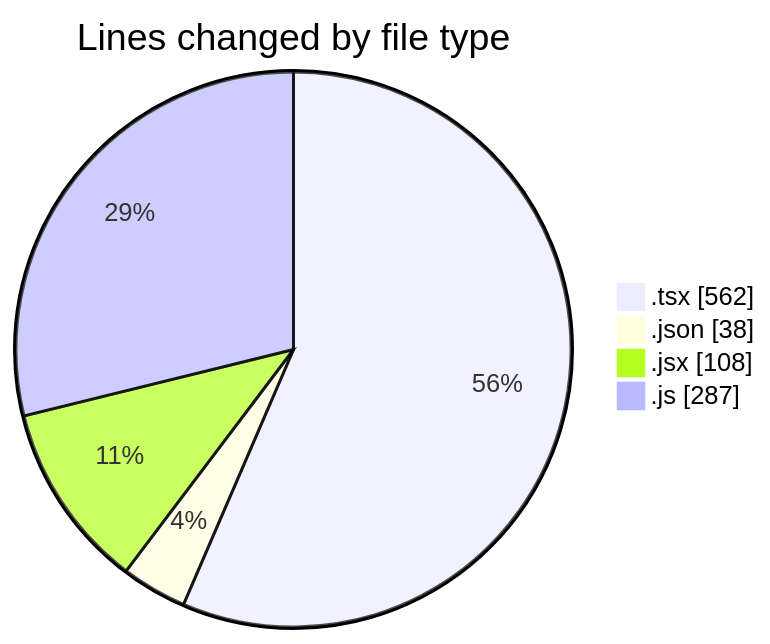
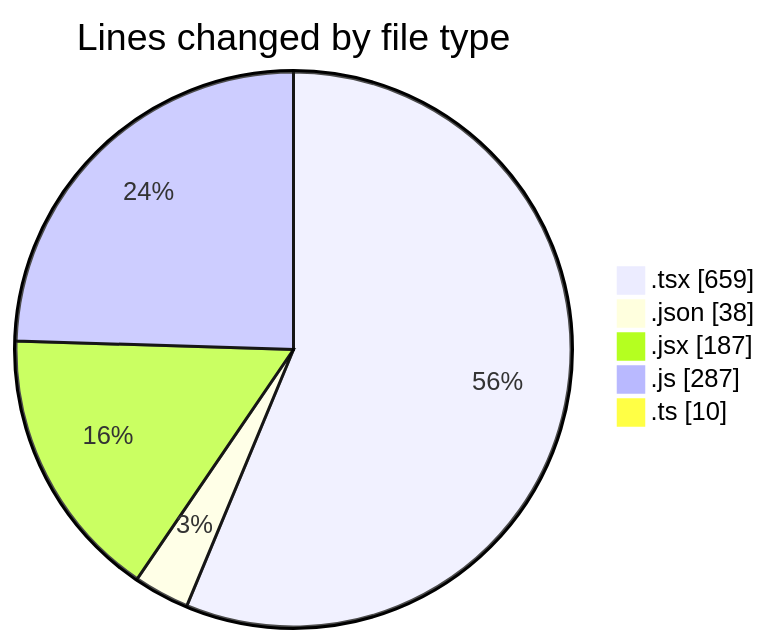
The first of 2 diagrams in 2025-05-27/ecom_store/README.md (Elitesun/code-tracking), drawn with Mermaid before and after one commit. The commit also changed other lines of this file and 1 other file, not shown here.

````diff
--- a/2025-05-27/ecom_store/README.md
+++ b/2025-05-27/ecom_store/README.md
@@ -29,8 +31,9 @@
 ```mermaid
 pie showData
 title Lines changed by file type
-".tsx" : 562
+".tsx" : 659
 ".json" : 38
-".jsx" : 108
+".jsx" : 187
 ".js" : 287
+".ts" : 10
 ```
````
